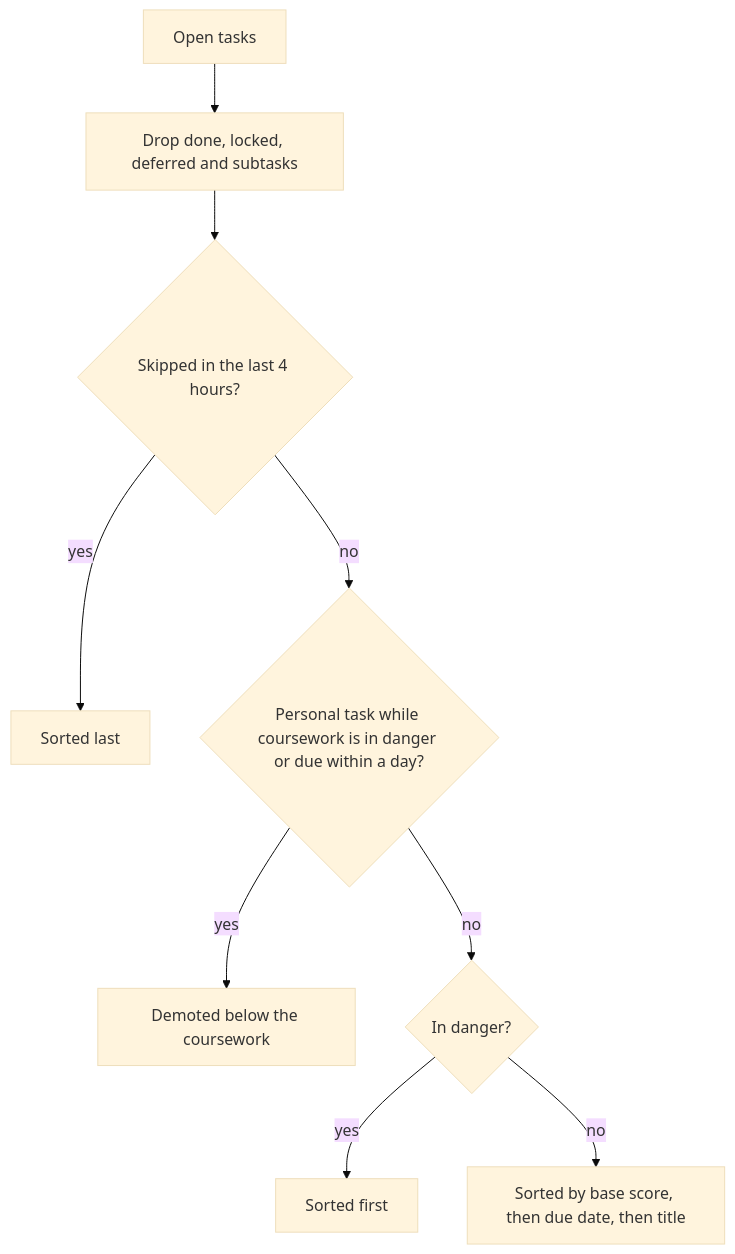
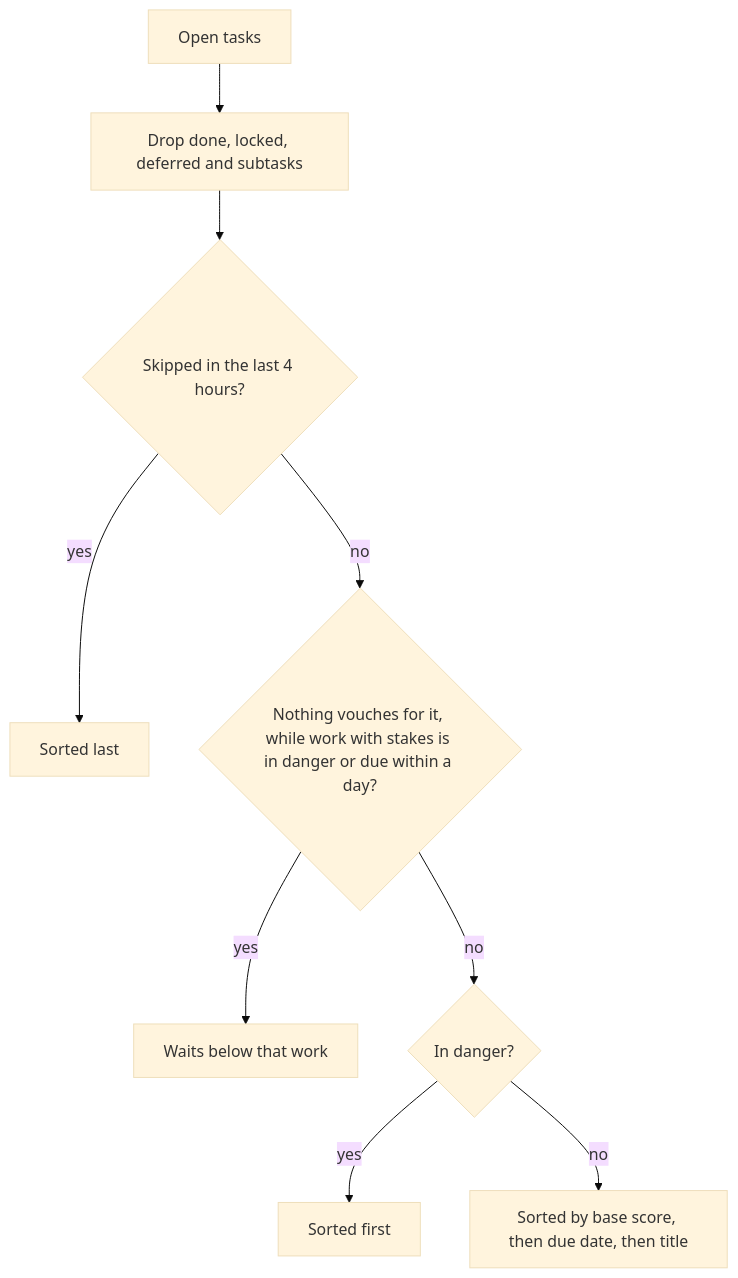
The fourth of 5 diagrams in README.md (pockanoodles/erwin), drawn with Mermaid (base theme) before and after one commit. The commit also changed other lines of this file and 1 other file, not shown here.

````diff
--- a/README.md
+++ b/README.md
@@ -112,11 +178,11 @@
 ```mermaid
 flowchart TD
     A["Open tasks"] --> B["Drop done, locked, deferred and subtasks"]
     B --> C{"Skipped in the last 4 hours?"}
     C -- yes --> Z["Sorted last"]
-    C -- no --> D{"Personal task while coursework is in danger or due within a day?"}
-    D -- yes --> Y["Demoted below the coursework"]
+    C -- no --> D{"Nothing vouches for it, while work with stakes is in danger or due within a day?"}
+    D -- yes --> Y["Waits below that work"]
     D -- no --> E{"In danger?"}
     E -- yes --> X["Sorted first"]
     E -- no --> W["Sorted by base score, then due date, then title"]
 ```
````
